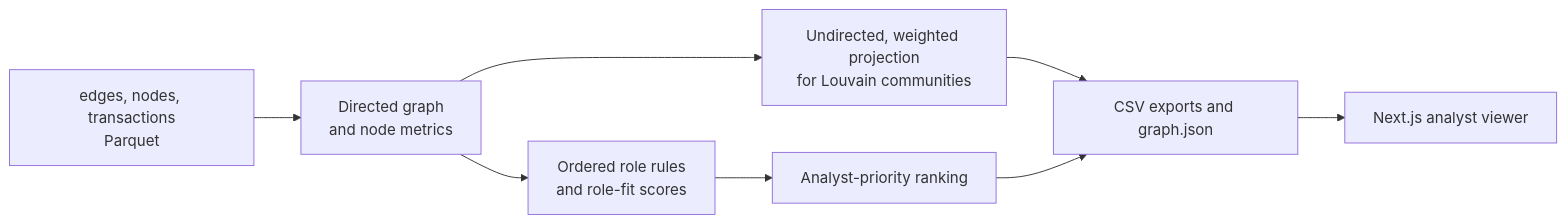
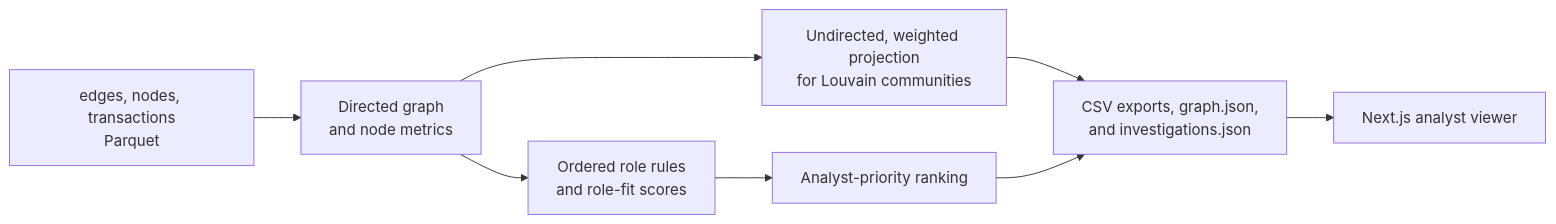
Before and after one commit to BAITC-Hacks/hack-0352fae5-to-do: the diagram in README.md, drawn with Mermaid. The commit also changed other lines of this file and 10 other files, not shown here.

Commit message:
Integrate investigation evidence into Money Graph viewer

````diff
--- a/README.md
+++ b/README.md
@@ -18,10 +19,10 @@
 ```mermaid
 flowchart LR
     A["edges, nodes, transactions<br/>Parquet"] --> B["Directed graph<br/>and node metrics"]
     B --> C["Ordered role rules<br/>and role-fit scores"]
     B --> D["Undirected, weighted projection<br/>for Louvain communities"]
     C --> E["Analyst-priority ranking"]
-    D --> F["CSV exports and graph.json"]
+    D --> F["CSV exports, graph.json,<br/>and investigations.json"]
     E --> F
     F --> G["Next.js analyst viewer"]
 ```
````
